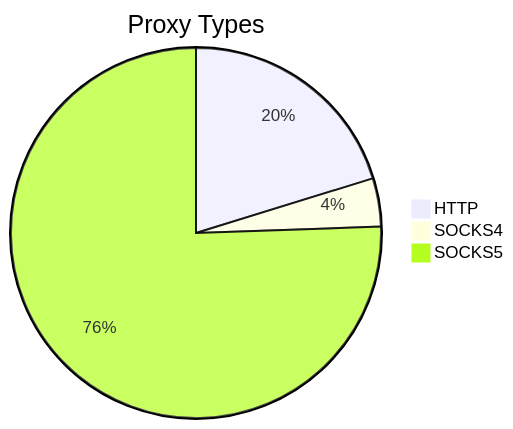
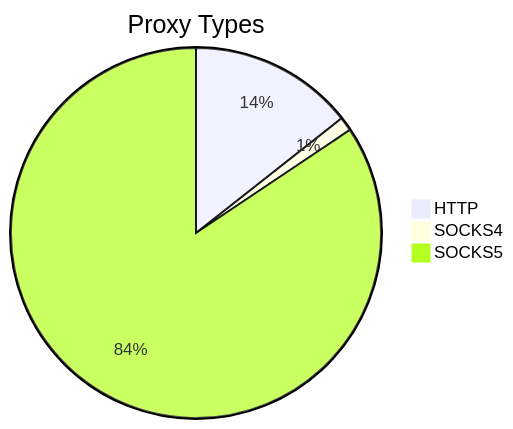
The first of 2 diagrams in README.md (stormsia/proxy-list), drawn with Mermaid before and after one commit. The commit also changed other lines of this file, not shown here.

````diff
--- a/README.md
+++ b/README.md
@@ -21,6 +21,6 @@
 ```mermaid
 pie title Proxy Types
-    "HTTP" : 192
-    "SOCKS4" : 40
-    "SOCKS5" : 717
+    "HTTP" : 117
+    "SOCKS4" : 10
+    "SOCKS5" : 687
 ```
````
